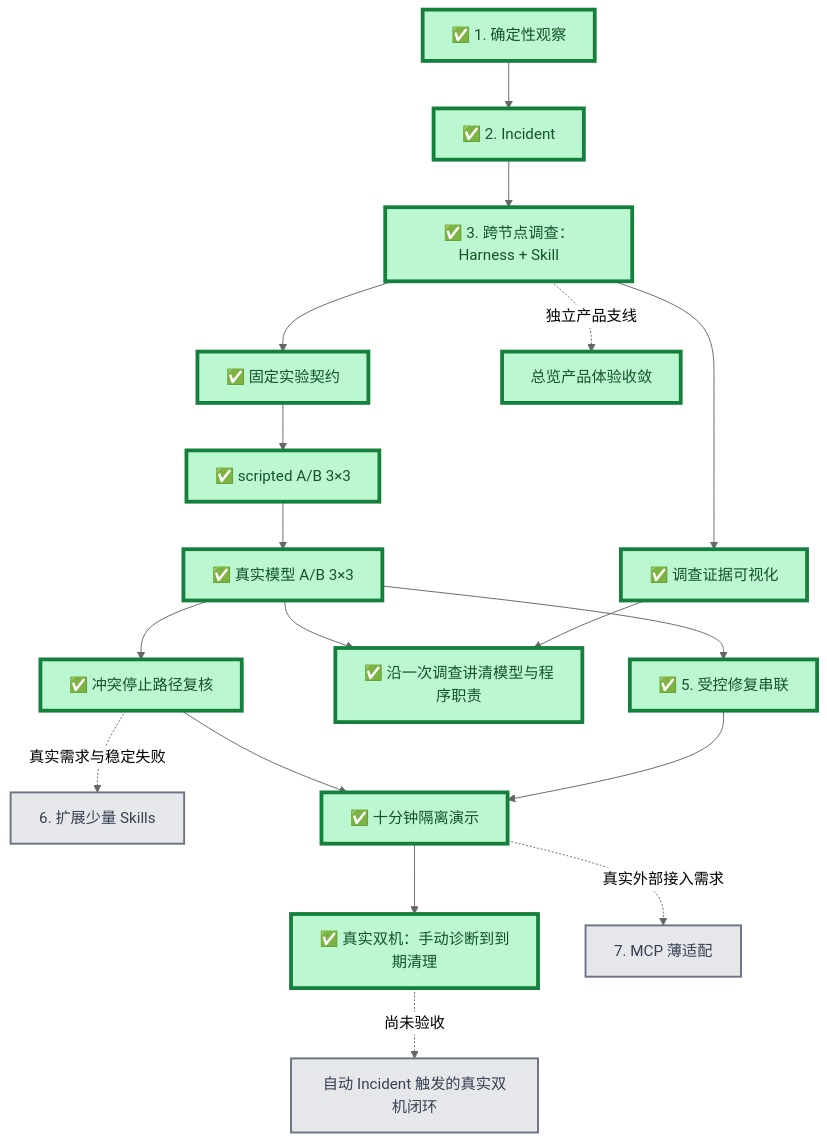
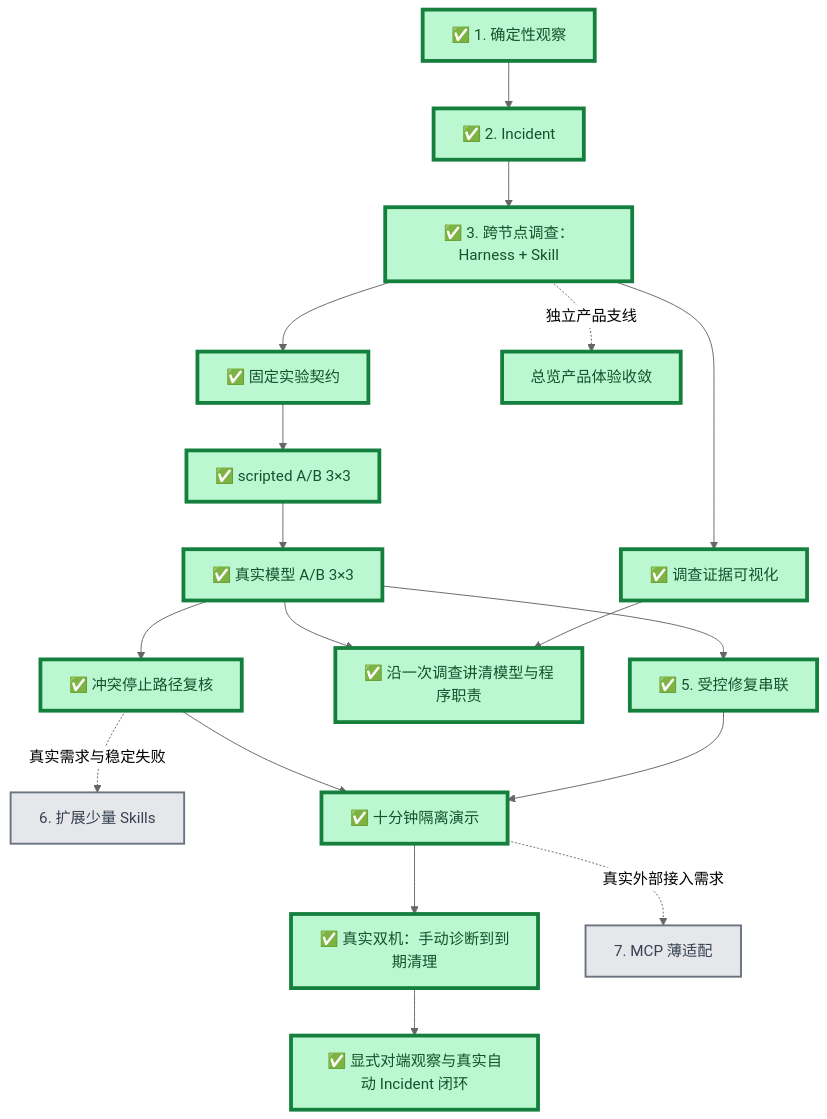
One commit to Sugarfarmeriod/TunnelMinion changed the first of 2 diagrams in docs/project/roadmap.md. Above: the diagram before and after it, drawn with Mermaid (neutral theme). The commit also changed other lines of this file and 21 other files, not shown here.

````diff
--- a/docs/project/roadmap.md
+++ b/docs/project/roadmap.md
@@ -8,32 +8,33 @@
 ```mermaid
 flowchart TB
     A["✅ 1. 确定性观察"] --> B["✅ 2. Incident"]
     B --> C["✅ 3. 跨节点调查：Harness + Skill"]
 
     C --> D1["✅ 固定实验契约"]
     D1 --> D2["✅ scripted A/B 3×3"]
     D2 --> D3["✅ 真实模型 A/B 3×3"]
 
     D3 --> E["✅ 5. 受控修复串联"]
     C --> V["✅ 调查证据可视化"]
     V --> W["✅ 沿一次调查讲清模型与程序职责"]
     D3 --> W
     D3 --> F["✅ 冲突停止路径复核"]
     F -.真实需求与稳定失败.-> K["6. 扩展少量 Skills"]
     E --> H["✅ 十分钟隔离演示"]
     F --> H
     H --> R["✅ 真实双机：手动诊断到到期清理"]
-    R -.尚未验收.-> I["自动 Incident 触发的真实双机闭环"]
+    R --> I["✅ 显式对端观察与真实自动 Incident 闭环"]
     H -.真实外部接入需求.-> G["7. MCP 薄适配"]
 
     C -.独立产品支线.-> U["总览产品体验收敛"]
 
     classDef done fill:#bbf7d0,stroke:#15803d,stroke-width:4px,color:#14532d;
     classDef current fill:#fde68a,stroke:#b45309,stroke-width:5px,color:#78350f;
     classDef next fill:#bfdbfe,stroke:#1d4ed8,stroke-width:3px,color:#1e3a8a;
     classDef later fill:#e5e7eb,stroke:#6b7280,stroke-width:2px,color:#374151;
     class A,B,C,D1,D2,D3,E,F,H,R,V done;
     class U done;
     class W done;
-    class G,K,I later;
+    class I done;
+    class G,K later;
 ```
````
